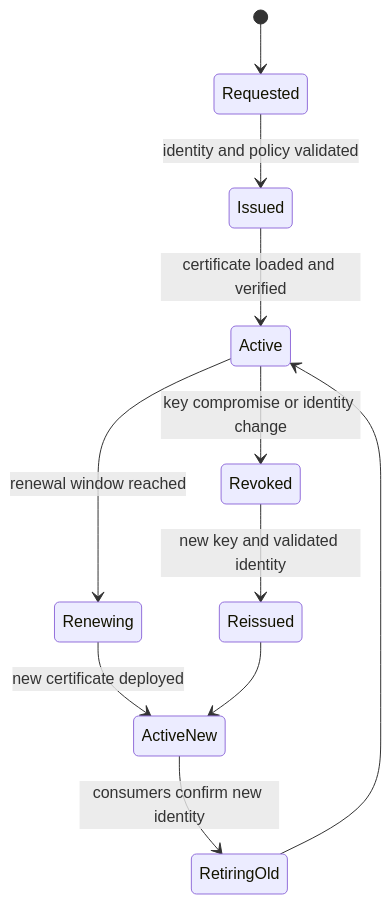
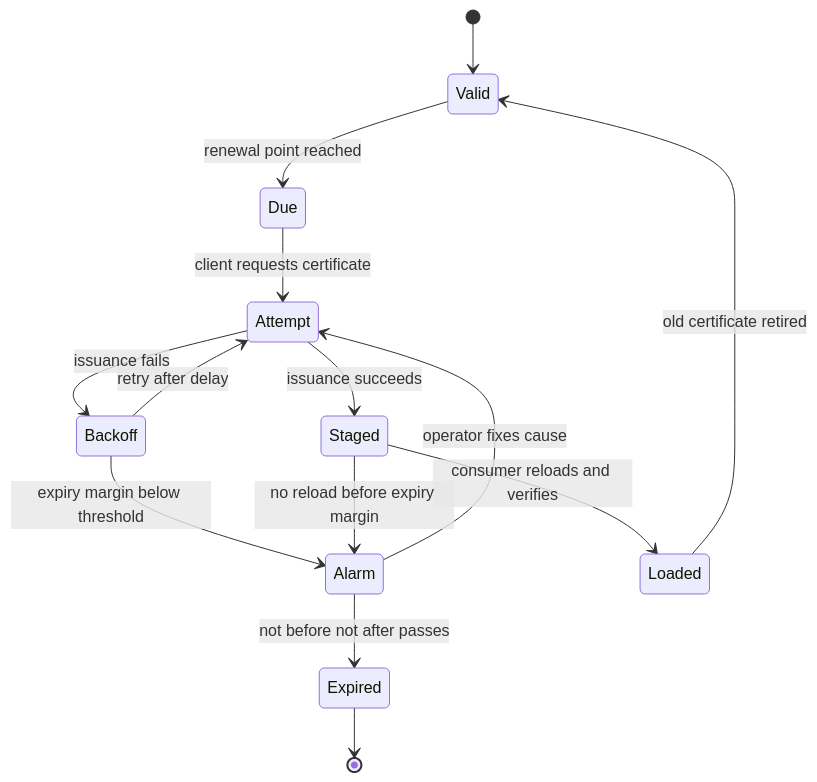
Before and after one commit to joydasss/Architect: the fourth of 9 diagrams in 15_Security/CH11_PKI.md, drawn with Mermaid. The commit also changed other lines of this file and 295 other files, not shown here.

````diff
--- a/15_Security/CH11_PKI.md
+++ b/15_Security/CH11_PKI.md
@@ -49,13 +380,16 @@
 ```mermaid
 stateDiagram-v2
-    [*] --> Requested
-    Requested --> Issued: identity and policy validated
-    Issued --> Active: certificate loaded and verified
-    Active --> Renewing: renewal window reached
-    Renewing --> ActiveNew: new certificate deployed
-    ActiveNew --> RetiringOld: consumers confirm new identity
-    RetiringOld --> Active
-    Active --> Revoked: key compromise or identity change
-    Revoked --> Reissued: new key and validated identity
-    Reissued --> ActiveNew
+    [*] --> Valid
+    Valid --> Due: renewal point reached
+    Due --> Attempt: client requests certificate
+    Attempt --> Staged: issuance succeeds
+    Attempt --> Backoff: issuance fails
+    Backoff --> Attempt: retry after delay
+    Backoff --> Alarm: expiry margin below threshold
+    Staged --> Loaded: consumer reloads and verifies
+    Staged --> Alarm: no reload before expiry margin
+    Loaded --> Valid: old certificate retired
+    Alarm --> Attempt: operator fixes cause
+    Alarm --> Expired: not before not after passes
+    Expired --> [*]
 ```
````
